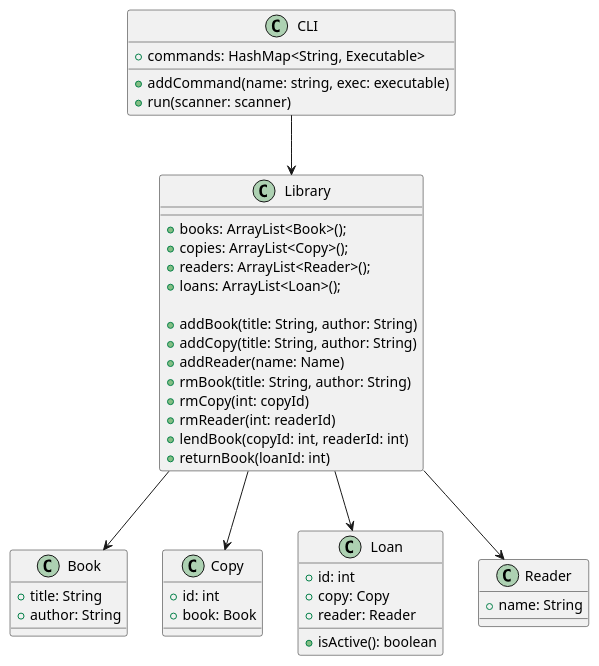
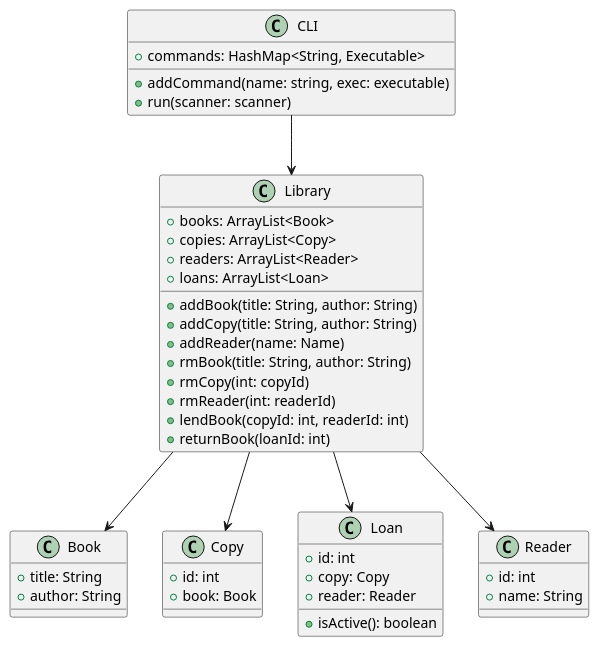
Before and after one commit to ShrikeBin/SoftEng: the diagram in list2/library/diagram.puml, drawn with PlantUML.

```diff
--- a/list2/library/diagram.puml
+++ b/list2/library/diagram.puml
@@ -1,54 +1,55 @@
 @startuml class
 
 class CLI
 {
     +commands: HashMap<String, Executable>
 
     +addCommand(name: string, exec: executable)
     +run(scanner: scanner)
 }
 
 class Library 
 {
-    +books: ArrayList<Book>();
-    +copies: ArrayList<Copy>();
-    +readers: ArrayList<Reader>();
-    +loans: ArrayList<Loan>();
+    +books: ArrayList<Book>
+    +copies: ArrayList<Copy>
+    +readers: ArrayList<Reader>
+    +loans: ArrayList<Loan>
 
     +addBook(title: String, author: String)
     +addCopy(title: String, author: String)
     +addReader(name: Name)
     +rmBook(title: String, author: String)
     +rmCopy(int: copyId)
     +rmReader(int: readerId)
     +lendBook(copyId: int, readerId: int)
     +returnBook(loanId: int)
 }
 
 class Book {
     +title: String
     +author: String
 }
 
 class Copy {
     +id: int
     +book: Book
 }
 
 class Loan {
     +id: int
     +copy: Copy
     +reader: Reader
     +isActive(): boolean
 }
 
 class Reader {
+    +id: int
     +name: String
 }
 
 CLI --> Library
 Library --> Book
 Library --> Copy
 Library --> Loan
 Library --> Reader
 @enduml
```
